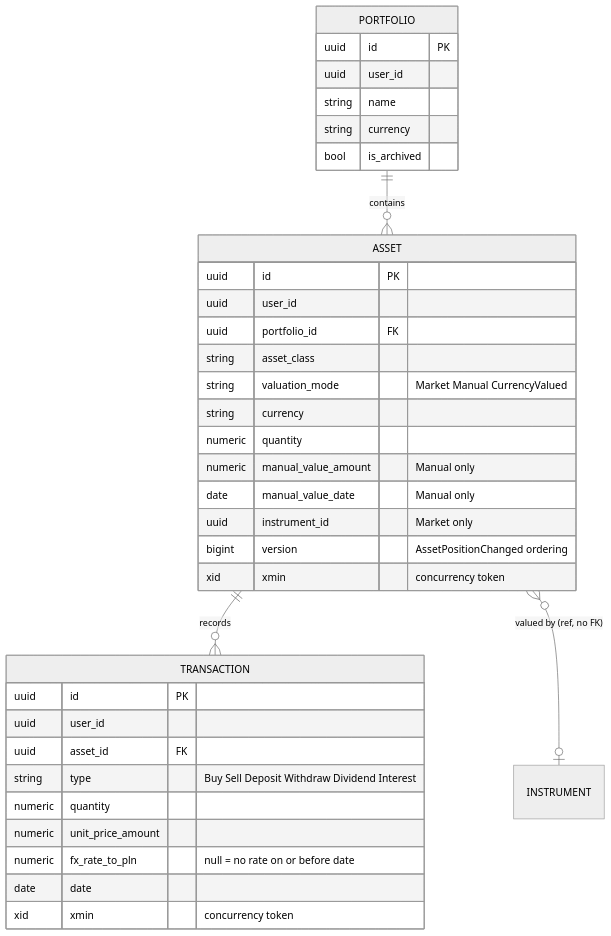
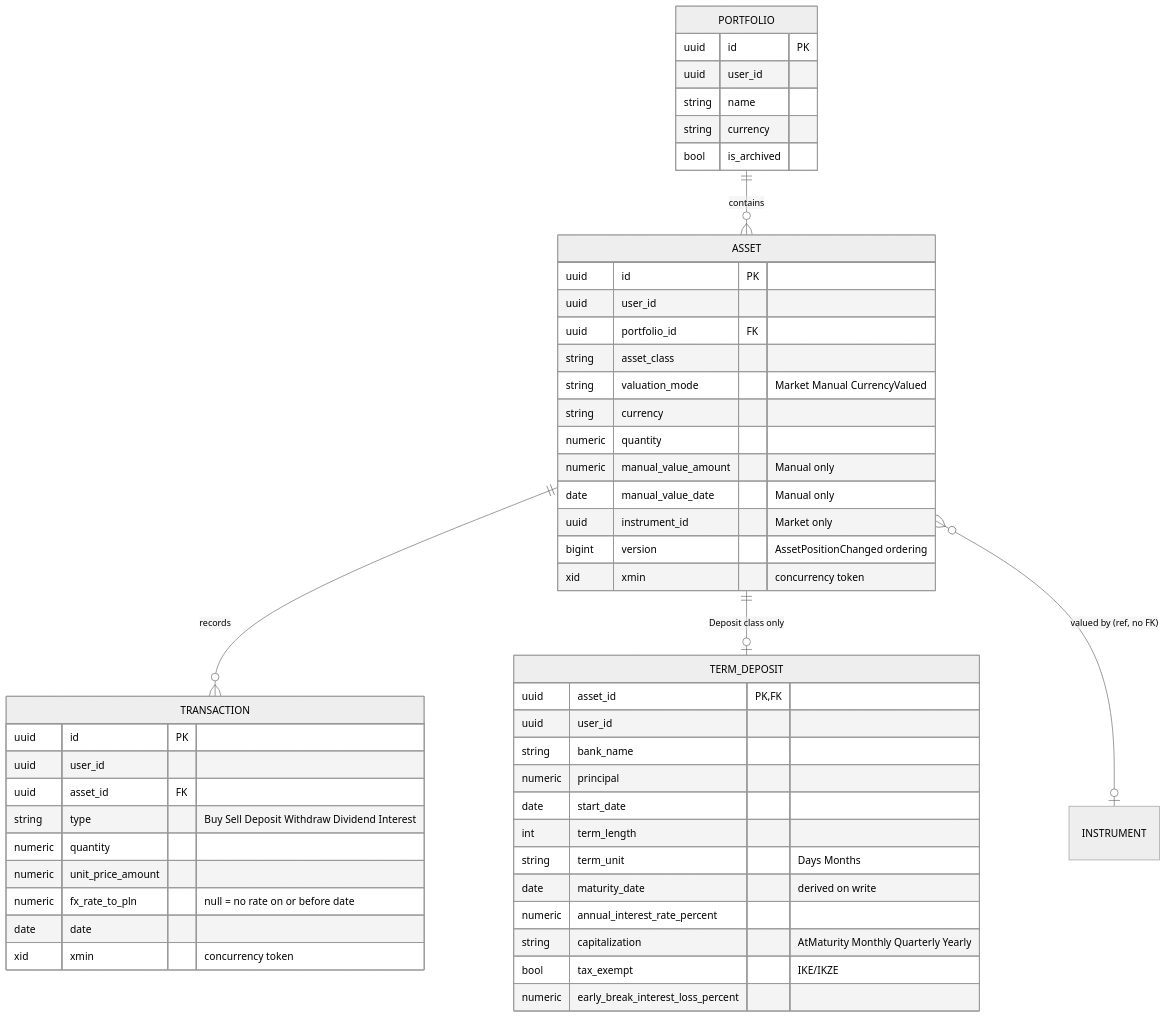
One commit to Maliniak93/FinMel changed the first of 3 diagrams in skarbiec-plan/domain.md. Above: the diagram before and after it, drawn with Mermaid (neutral theme). The commit also changed other lines of this file and 80 other files, not shown here.

Commit message:
Term deposits: terms, interest engine, CRUD and the Deposits page (#117)

````diff
--- a/skarbiec-plan/domain.md
+++ b/skarbiec-plan/domain.md
@@ -36,38 +39,53 @@
 ```mermaid
 erDiagram
     PORTFOLIO ||--o{ ASSET : contains
     ASSET ||--o{ TRANSACTION : records
+    ASSET ||--o| TERM_DEPOSIT : "Deposit class only"
     ASSET }o--o| INSTRUMENT : "valued by (ref, no FK)"
     PORTFOLIO {
         uuid id PK
         uuid user_id
         string name
         string currency
         bool is_archived
     }
     ASSET {
         uuid id PK
         uuid user_id
         uuid portfolio_id FK
         string asset_class
         string valuation_mode "Market Manual CurrencyValued"
         string currency
         numeric quantity
         numeric manual_value_amount "Manual only"
         date manual_value_date "Manual only"
         uuid instrument_id "Market only"
         bigint version "AssetPositionChanged ordering"
         xid xmin "concurrency token"
     }
     TRANSACTION {
         uuid id PK
         uuid user_id
         uuid asset_id FK
         string type "Buy Sell Deposit Withdraw Dividend Interest"
         numeric quantity
         numeric unit_price_amount
         numeric fx_rate_to_pln "null = no rate on or before date"
         date date
         xid xmin "concurrency token"
     }
+    TERM_DEPOSIT {
+        uuid asset_id PK, FK
+        uuid user_id
+        string bank_name
+        numeric principal
+        date start_date
+        int term_length
+        string term_unit "Days Months"
+        date maturity_date "derived on write"
+        numeric annual_interest_rate_percent
+        string capitalization "AtMaturity Monthly Quarterly Yearly"
+        bool tax_exempt "IKE/IKZE"
+        numeric early_break_interest_loss_percent
+    }
 ```
````
